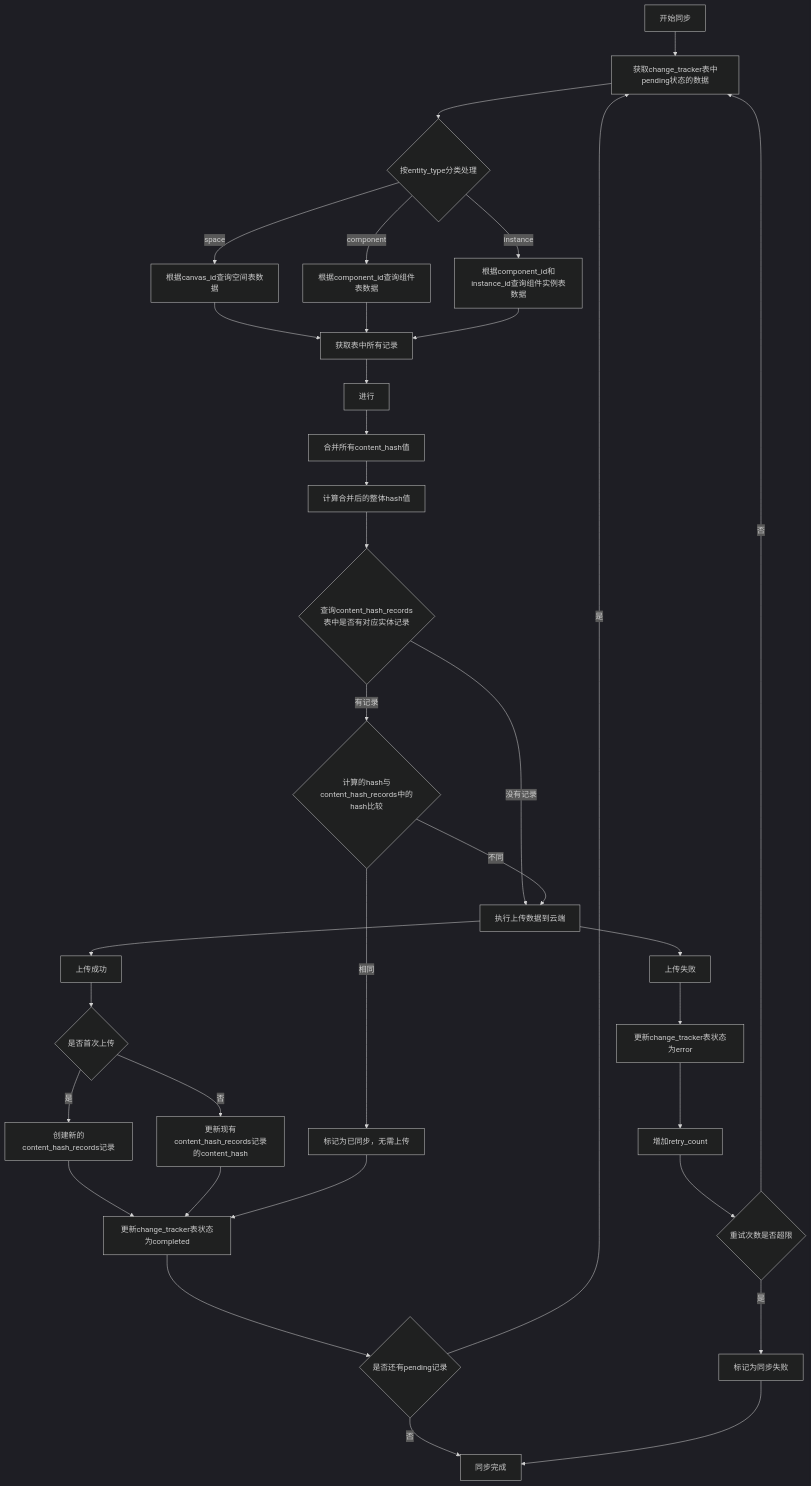
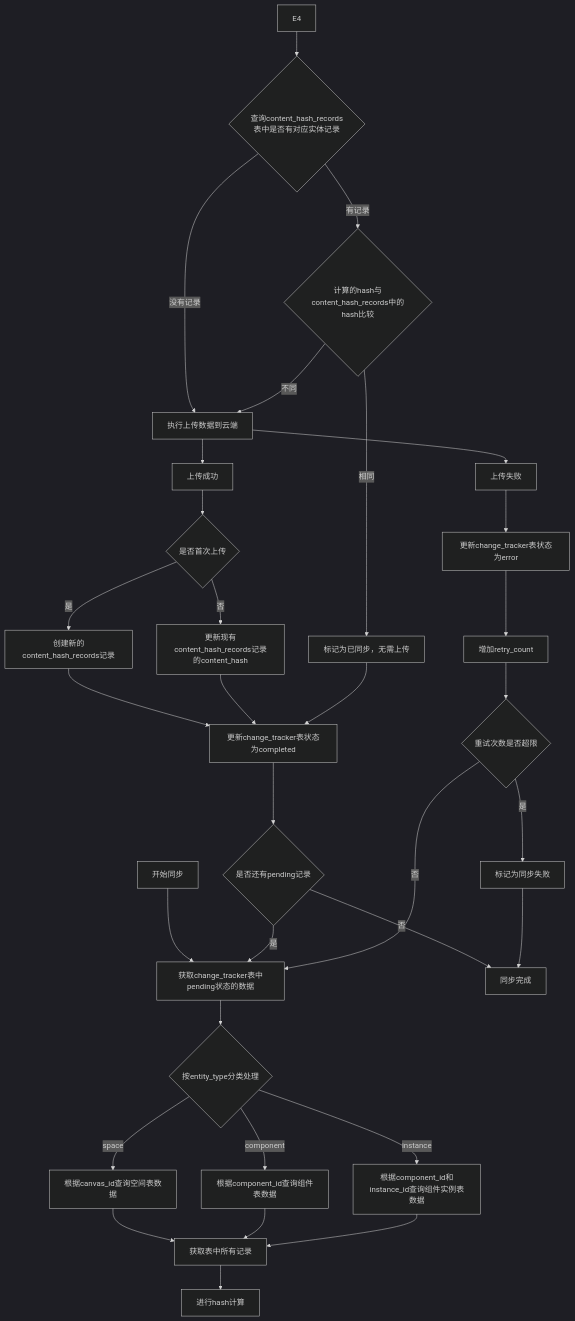
Before and after one commit to yingjianzh/iodraw-files: the diagram in all/未命名-43.md, drawn with Mermaid (dark theme).

Commit message:
2025-04-25 18:29:08 update

````diff
--- a/all/未命名-43.md
+++ b/all/未命名-43.md
@@ -1,46 +1,45 @@
 ```mermaid
 flowchart TD
     A[开始同步] --> B[获取change_tracker表中pending状态的数据]
     B --> C{按entity_type分类处理}
     
     C -->|space| D1[根据canvas_id查询空间表数据]
     C -->|component| D2[根据component_id查询组件表数据]
     C -->|instance| D3[根据component_id和instance_id查询组件实例表数据]
     
     D1 --> E1[获取表中所有记录]
     D2 --> E1
     D3 --> E1
     
-    E1 --> E2[进行]
-    E2 --> E3[合并所有content_hash值]
-    E3 --> E4[计算合并后的整体hash值]
+    E1 --> E2[进行hash计算]
+    
     
     E4 --> I1{查询content_hash_records表中是否有对应实体记录}
     I1 -->|没有记录| K[执行上传数据到云端]
     I1 -->|有记录| I2{计算的hash与content_hash_records中的hash比较}
     I2 -->|相同| J[标记为已同步，无需上传]
     I2 -->|不同| K
     
     K --> L[上传成功]
     L --> M1{是否首次上传}
     M1 -->|是| M2[创建新的content_hash_records记录]
     M1 -->|否| M3[更新现有content_hash_records记录的content_hash]
     
     M2 --> N[更新change_tracker表状态为completed]
     M3 --> N
     
     J --> N
     
     N --> O{是否还有pending记录}
     O -->|是| B
     O -->|否| P[同步完成]
     
     K --> Q[上传失败]
     Q --> R[更新change_tracker表状态为error]
     R --> S[增加retry_count]
     S --> T{重试次数是否超限}
     T -->|是| U[标记为同步失败]
     T -->|否| B
     
     U --> P
 ```
````
